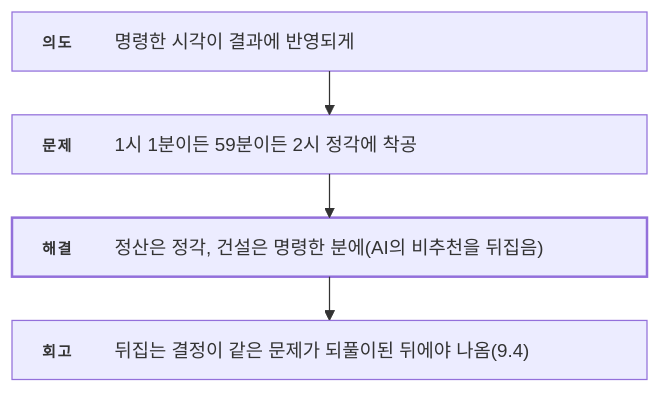
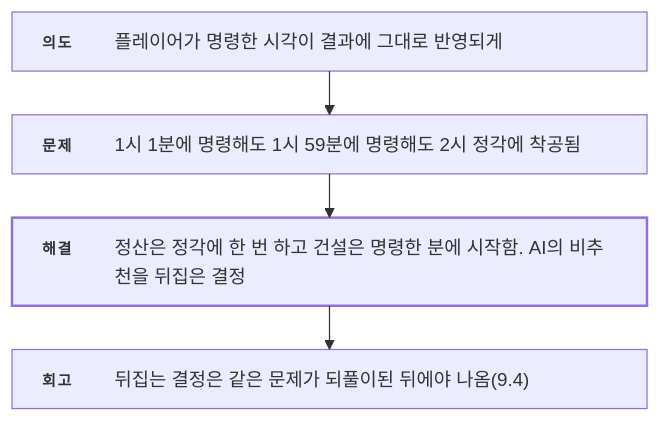
The seventh of 12 diagrams in src/3-desert-settlement/기술문서.md (ashadeveloperr/ashadeveloperr.github.io), drawn with Mermaid before and after one commit. The commit also changed other lines of this file and 6 other files, not shown here.

````diff
--- a/src/3-desert-settlement/기술문서.md
+++ b/src/3-desert-settlement/기술문서.md
@@ -321,18 +352,18 @@
 ```mermaid
 ---
 config:
   layout: elk
   flowchart:
     wrappingWidth: 520
     padding: 12
 ---
 flowchart TB
   %% feature-flow — _local/flow-diagrams.py가 만듦
-  I["<div style='width:460px;display:flex;gap:14px;align-items:baseline;text-align:left;white-space:normal'><span style='flex:0 0 44px;padding-top:2px;font-size:12px;font-weight:700;letter-spacing:.12em;color:var(--accent-ink)'>의도</span><span style='flex:1;font-size:15px;line-height:1.55;color:var(--ink)'>명령한 시각이 결과에 반영되게</span></div>"]
-  P["<div style='width:460px;display:flex;gap:14px;align-items:baseline;text-align:left;white-space:normal'><span style='flex:0 0 44px;padding-top:2px;font-size:12px;font-weight:700;letter-spacing:.12em;color:var(--accent-ink)'>문제</span><span style='flex:1;font-size:15px;line-height:1.55;color:var(--ink)'>1시 1분이든 59분이든 2시 정각에 착공</span></div>"]
-  S["<div style='width:460px;display:flex;gap:14px;align-items:baseline;text-align:left;white-space:normal'><span style='flex:0 0 44px;padding-top:2px;font-size:12px;font-weight:700;letter-spacing:.12em;color:var(--accent-ink)'>해결</span><span style='flex:1;font-size:15px;line-height:1.55;color:var(--ink)'>정산은 정각, 건설은 명령한 분에(AI의 비추천을 뒤집음)</span></div>"]
-  R["<div style='width:460px;display:flex;gap:14px;align-items:baseline;text-align:left;white-space:normal'><span style='flex:0 0 44px;padding-top:2px;font-size:12px;font-weight:700;letter-spacing:.12em;color:var(--accent-ink)'>회고</span><span style='flex:1;font-size:15px;line-height:1.55;color:var(--ink)'>뒤집는 결정이 같은 문제가 되풀이된 뒤에야 나옴(9.4)</span></div>"]
+  I["<div style='width:460px;display:flex;gap:14px;align-items:baseline;text-align:left;white-space:normal'><span style='flex:0 0 44px;padding-top:2px;font-size:12px;font-weight:700;letter-spacing:.12em;color:var(--accent-ink)'>의도</span><span style='flex:1;font-size:15px;line-height:1.55;color:var(--ink)'>플레이어가 명령한 시각이 결과에 그대로 반영되게</span></div>"]
+  P["<div style='width:460px;display:flex;gap:14px;align-items:baseline;text-align:left;white-space:normal'><span style='flex:0 0 44px;padding-top:2px;font-size:12px;font-weight:700;letter-spacing:.12em;color:var(--accent-ink)'>문제</span><span style='flex:1;font-size:15px;line-height:1.55;color:var(--ink)'>1시 1분에 명령해도 1시 59분에 명령해도 2시 정각에 착공됨</span></div>"]
+  S["<div style='width:460px;display:flex;gap:14px;align-items:baseline;text-align:left;white-space:normal'><span style='flex:0 0 44px;padding-top:2px;font-size:12px;font-weight:700;letter-spacing:.12em;color:var(--accent-ink)'>해결</span><span style='flex:1;font-size:15px;line-height:1.55;color:var(--ink)'>정산은 정각에 한 번 하고 건설은 명령한 분에 시작함. AI의 비추천을 뒤집은 결정</span></div>"]
+  R["<div style='width:460px;display:flex;gap:14px;align-items:baseline;text-align:left;white-space:normal'><span style='flex:0 0 44px;padding-top:2px;font-size:12px;font-weight:700;letter-spacing:.12em;color:var(--accent-ink)'>회고</span><span style='flex:1;font-size:15px;line-height:1.55;color:var(--ink)'>뒤집는 결정은 같은 문제가 되풀이된 뒤에야 나옴(9.4)</span></div>"]
   I --> P --> S --> R
   classDef key stroke-width:2px
   class S key
 ```
````
